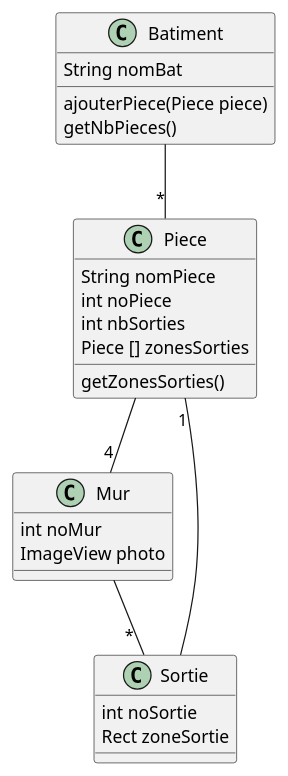
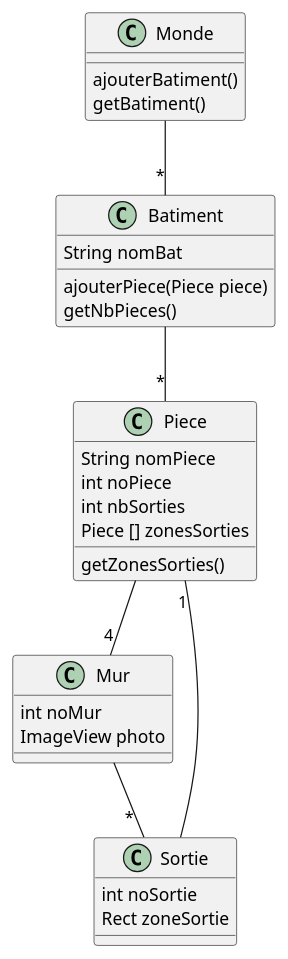
One commit to alexandreantunesmnds/HouseMap changed the diagram in app/src/UML/Construction.puml. Above: the diagram before and after it, drawn with PlantUML. The commit also changed 2 other files, not shown here.

Commit message:
Création d'un monde afin d'ajouter un batiment et de pouvoir y accéder

```diff
--- a/app/src/UML/Construction.puml
+++ b/app/src/UML/Construction.puml
@@ -1,36 +1,40 @@
 @startuml
 'https://plantuml.com/class-diagram
 class Batiment{
 String nomBat
 ajouterPiece(Piece piece)
 getNbPieces()
+}
+class Monde{
+ajouterBatiment()
+getBatiment()
 }
 
 class Piece {
 String nomPiece
 int noPiece
 int nbSorties
 Piece [] zonesSorties
 getZonesSorties()
 }
 class Sortie{
 int noSortie
 Rect zoneSortie
 }
 
 class Mur {
 int noMur
 ImageView photo
 }
 'class MainActivity{
 'Button Construction
 'Button Simulation
 'onCreate()
 '}
-
+Monde--"*"Batiment
 Batiment--"*"Piece
 Piece--"4"Mur
 Sortie -- "1" Piece
 Mur--"                  *"Sortie
 
 @enduml
```
